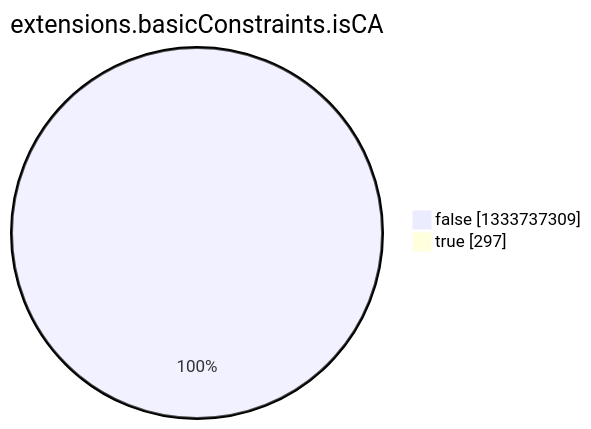
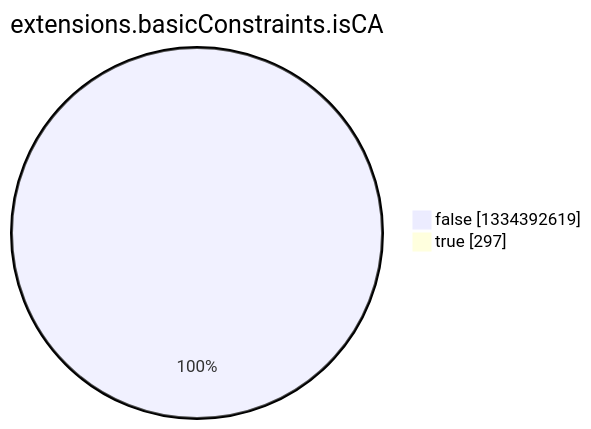
The eighth of 15 diagrams in argon2022/README.md (christiankrug/ctmonitor_visualization), drawn with Mermaid before and after one commit. The commit also changed other lines of this file, not shown here.

````diff
--- a/argon2022/README.md
+++ b/argon2022/README.md
@@ -2758,6 +2758,6 @@
 ```mermaid
 pie showData
 title extensions.basicConstraints.isCA
-"false" :1333737309
+"false" :1334392619
 "true" :297
 ```
````
